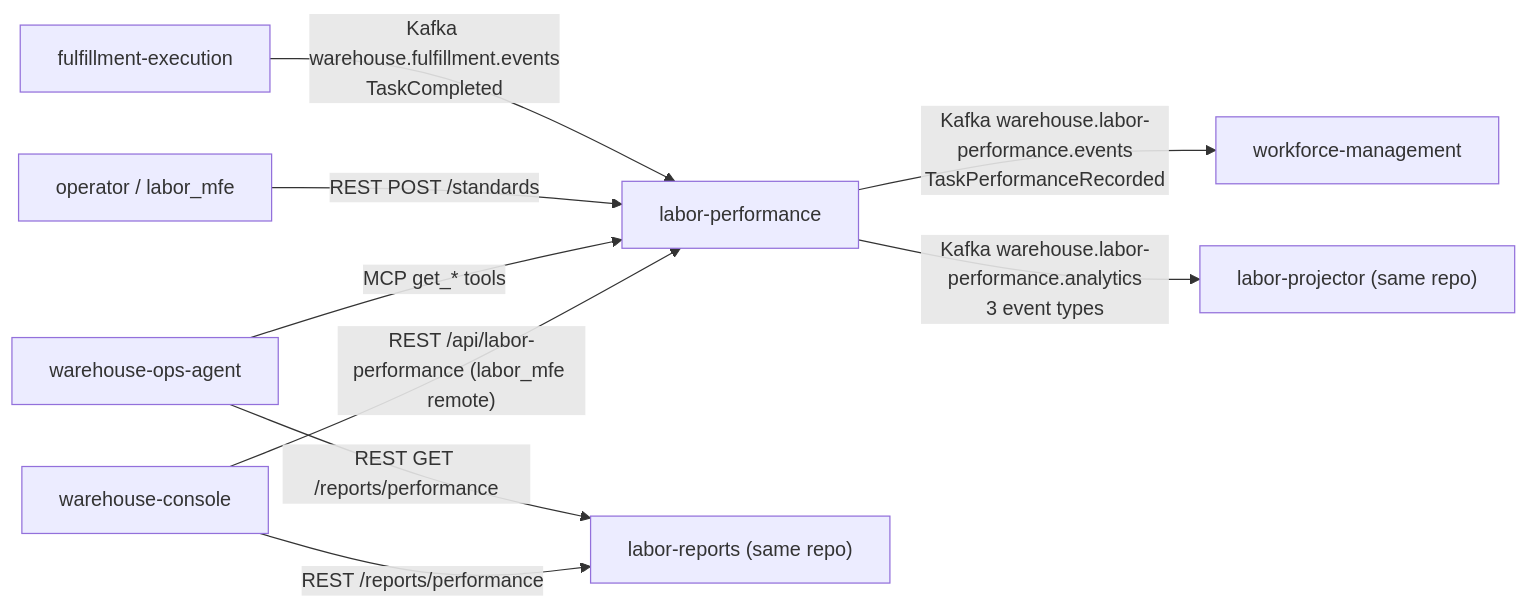
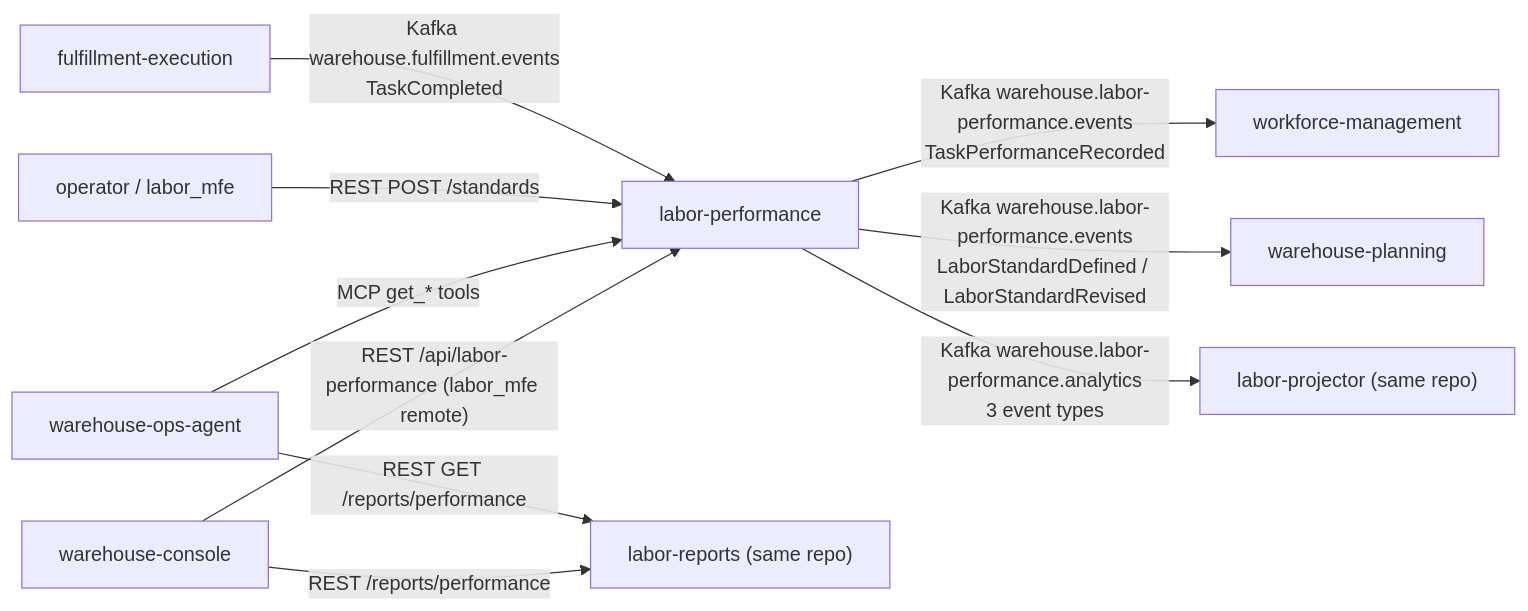
One commit to IQVO/labor-performance changed the diagram in docs/docs/ecosystem/integration.md. Above: the diagram before and after it, drawn with Mermaid. The commit also changed other lines of this file and 22 other files, not shown here.

````diff
--- a/docs/docs/ecosystem/integration.md
+++ b/docs/docs/ecosystem/integration.md
@@ -18,11 +18,12 @@
 ```mermaid
 flowchart LR
   FEX["fulfillment-execution"] -- "Kafka warehouse.fulfillment.events<br/>TaskCompleted" --> LP["labor-performance"]
   OP["operator / labor_mfe"] -- "REST POST /standards" --> LP
   LP -- "Kafka warehouse.labor-performance.events<br/>TaskPerformanceRecorded" --> WFM["workforce-management"]
+  LP -- "Kafka warehouse.labor-performance.events<br/>LaborStandardDefined / LaborStandardRevised" --> WP["warehouse-planning"]
   LP -- "Kafka warehouse.labor-performance.analytics<br/>3 event types" --> PROJ["labor-projector (same repo)"]
   AG["warehouse-ops-agent"] -- "MCP get_* tools" --> LP
   AG -- "REST GET /reports/performance" --> REP["labor-reports (same repo)"]
   CON["warehouse-console"] -- "REST /reports/performance" --> REP
   CON -- "REST /api/labor-performance (labor_mfe remote)" --> LP
 ```
````
